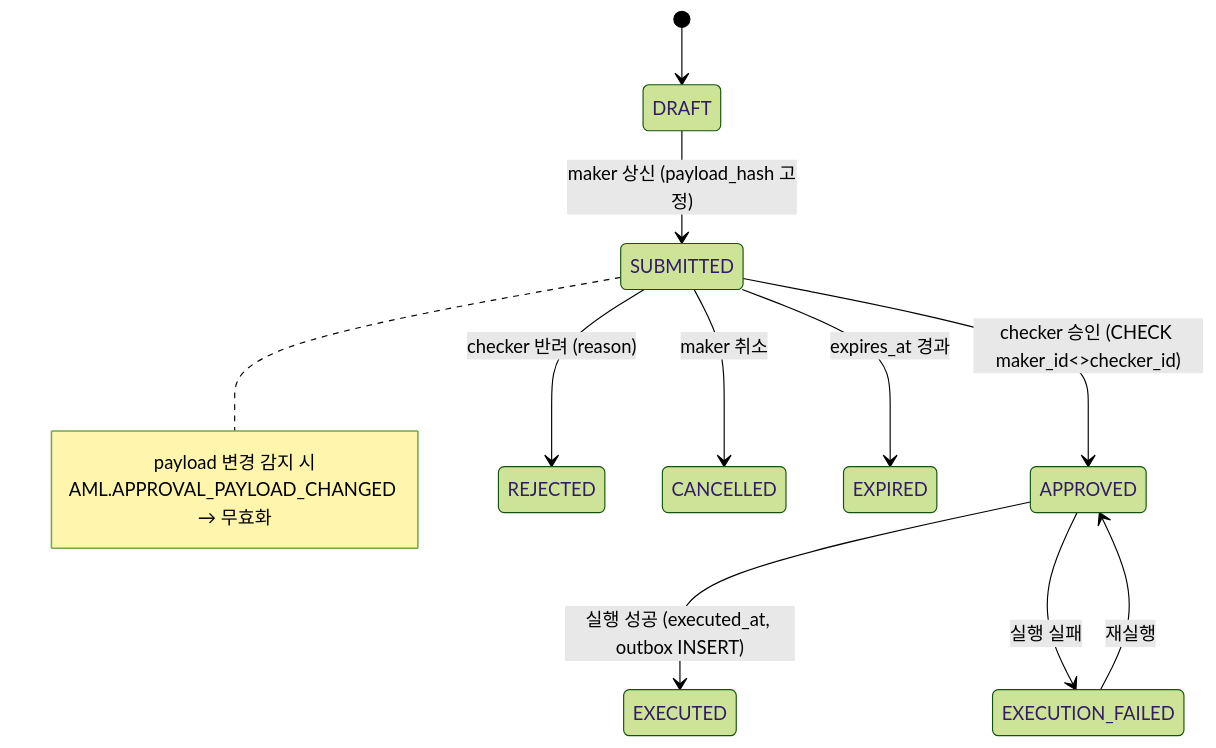
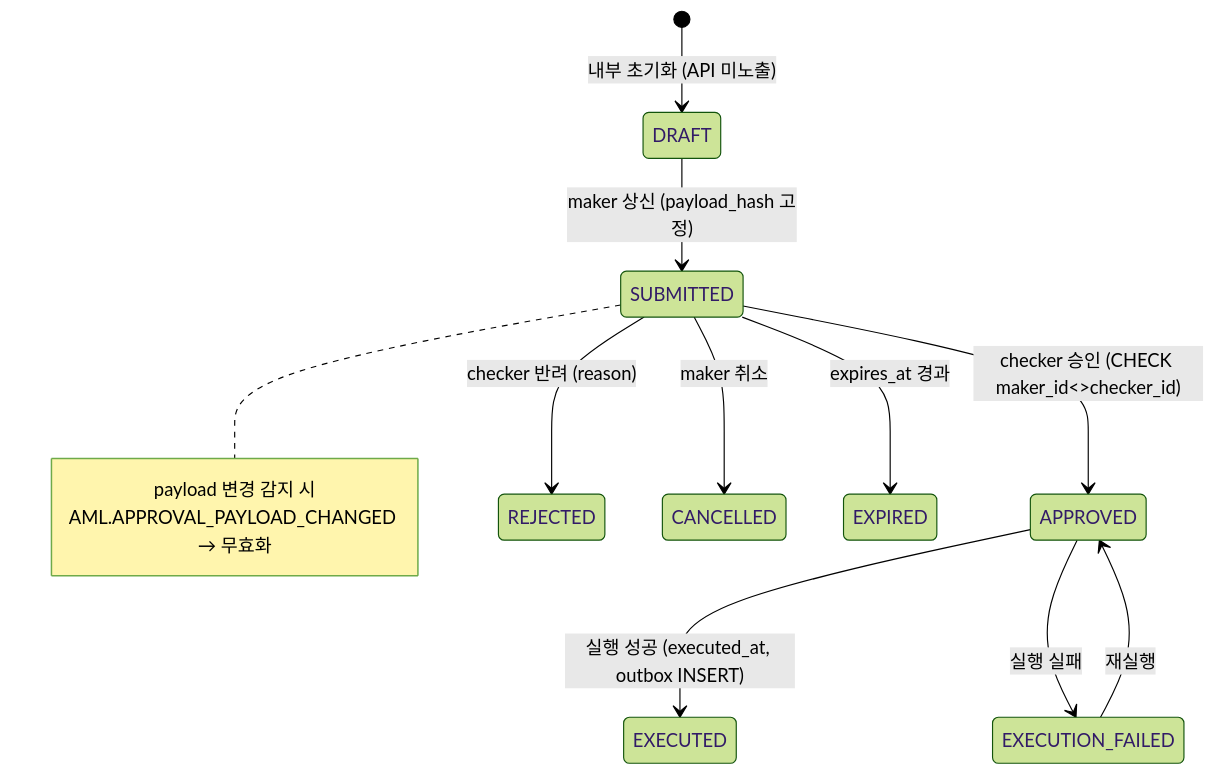
The seventh of 9 diagrams in docs/design/integration/02-aml-integration.md (smkim89/aml-system-docs), drawn with Mermaid (forest theme) before and after one commit. The commit also changed other lines of this file and 187 other files, not shown here.

````diff
--- a/docs/design/integration/02-aml-integration.md
+++ b/docs/design/integration/02-aml-integration.md
@@ -461,16 +467,16 @@
 ```mermaid
 stateDiagram-v2
-    [*] --> DRAFT
+    [*] --> DRAFT : 내부 초기화 (API 미노출)
     DRAFT --> SUBMITTED : maker 상신 (payload_hash 고정)
     SUBMITTED --> APPROVED : checker 승인 (CHECK maker_id<>checker_id)
     SUBMITTED --> REJECTED : checker 반려 (reason)
     SUBMITTED --> CANCELLED : maker 취소
     SUBMITTED --> EXPIRED : expires_at 경과
     APPROVED --> EXECUTED : 실행 성공 (executed_at, outbox INSERT)
     APPROVED --> EXECUTION_FAILED : 실행 실패
     EXECUTION_FAILED --> APPROVED : 재실행
     note right of SUBMITTED
       payload 변경 감지 시
       AML.APPROVAL_PAYLOAD_CHANGED → 무효화
     end note
 ```
````
